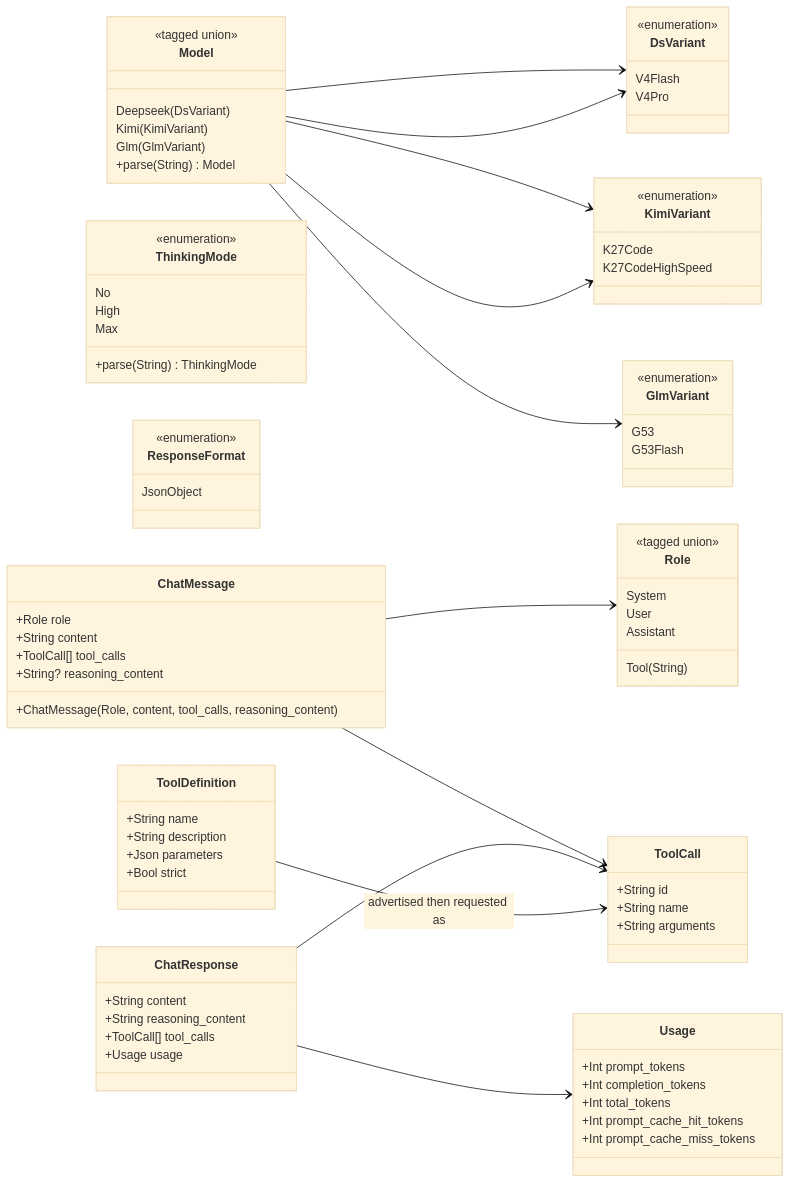
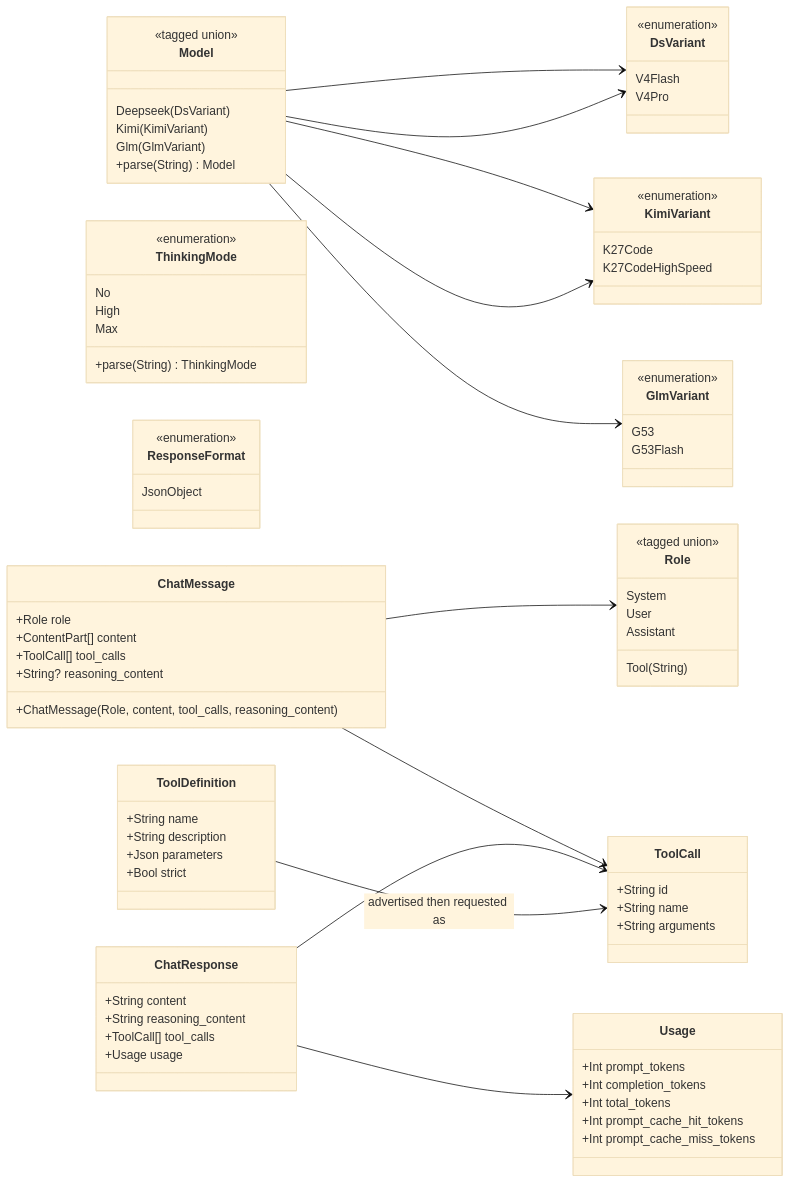
One commit to moonbitlang/openseek changed the second of 4 diagrams in deepseek/README.mbt.md. Above: the diagram before and after it, drawn with Mermaid (base theme). The commit also changed other lines of this file and 37 other files, not shown here.

```diff
--- a/deepseek/README.mbt.md
+++ b/deepseek/README.mbt.md
@@ -122,7 +125,7 @@
 
   class ChatMessage {
     +Role role
-    +String content
+    +ContentPart[] content
     +ToolCall[] tool_calls
     +String? reasoning_content
     +ChatMessage(Role, content, tool_calls, reasoning_content)
```
